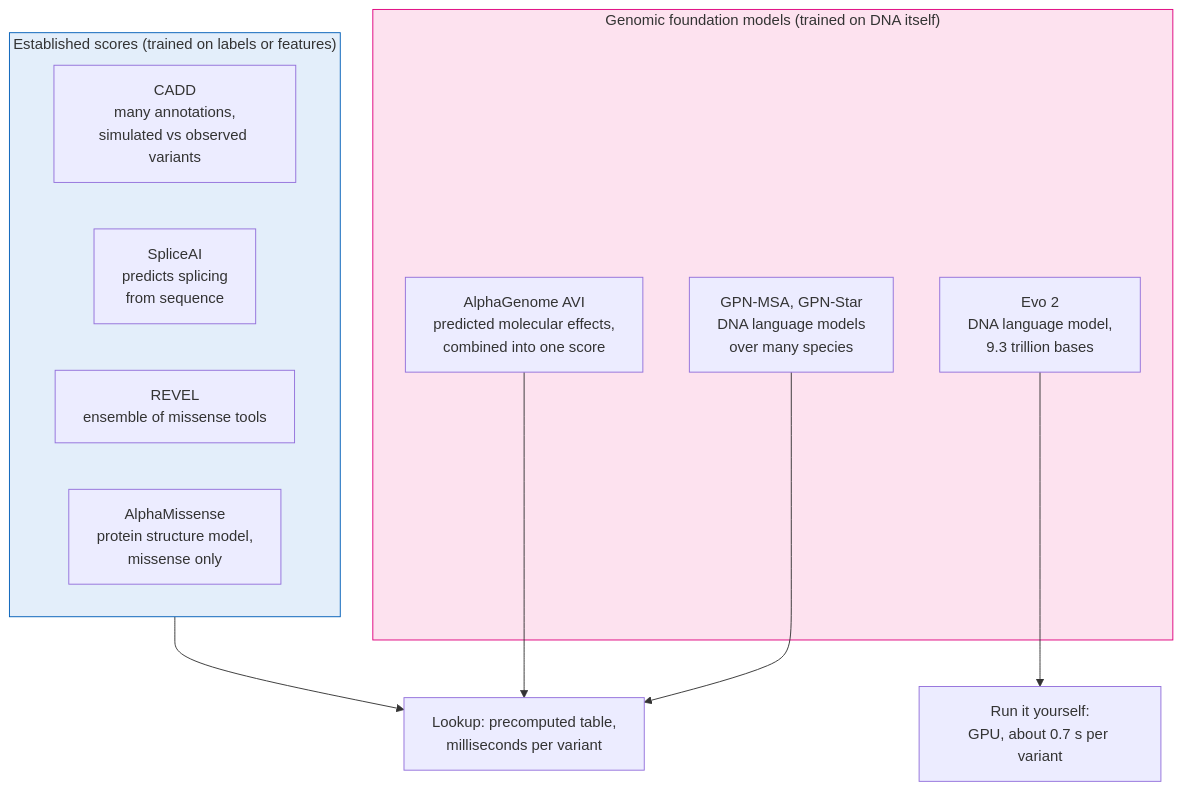
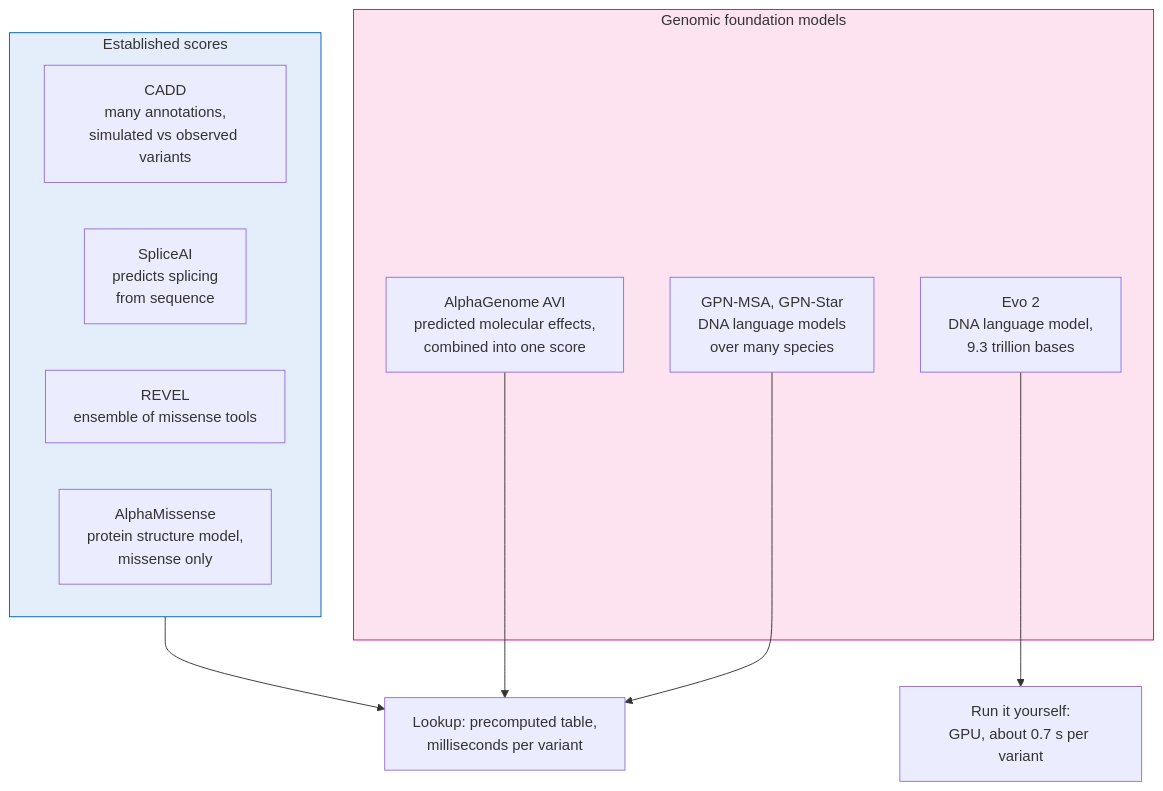
One commit to rewire-bio/amp-2026-studies changed the third of 16 diagrams in GUIDE.md. Above: the diagram before and after it, drawn with Mermaid. The commit also changed other lines of this file and 2 other files, not shown here.

Commit message:
Fix overlapping subgraph titles on the guide page
Diagrams are drawn after the web font loads, subgraph titles get a margin, and
the longest titles are shorter.

````diff
--- a/GUIDE.md
+++ b/GUIDE.md
@@ -56,20 +56,20 @@
 ```mermaid
 flowchart TB
-    subgraph est["Established scores (trained on labels or features)"]
+    subgraph est["Established scores"]
         cadd["CADD<br/>many annotations,<br/>simulated vs observed variants"]
         splice["SpliceAI<br/>predicts splicing<br/>from sequence"]
         revel["REVEL<br/>ensemble of missense tools"]
         am["AlphaMissense<br/>protein structure model,<br/>missense only"]
     end
-    subgraph fm["Genomic foundation models (trained on DNA itself)"]
+    subgraph fm["Genomic foundation models"]
         gpn["GPN-MSA, GPN-Star<br/>DNA language models<br/>over many species"]
         avi["AlphaGenome AVI<br/>predicted molecular effects,<br/>combined into one score"]
         evo["Evo 2<br/>DNA language model,<br/>9.3 trillion bases"]
     end
     est --> look["Lookup: precomputed table,<br/>milliseconds per variant"]
     gpn --> look
     avi --> look
     evo --> run["Run it yourself:<br/>GPU, about 0.7 s per variant"]
     style fm fill:#fde2ef,stroke:#df007d
     style est fill:#e3eefa,stroke:#005eb8
 ```
````
